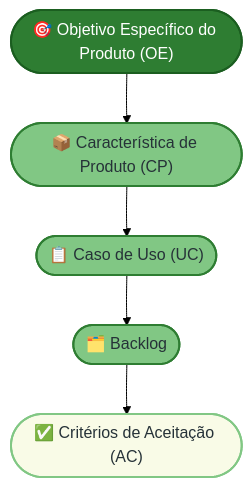
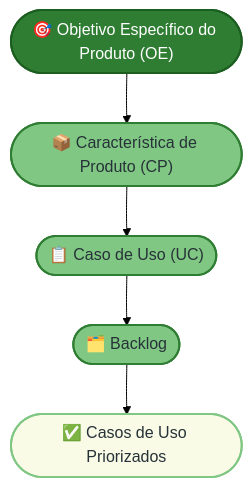
The first of 2 diagrams in docs/criterios/README.md (mdsreq-fga-unb/REQ-2026.1-T01-EcoQuest), drawn with Mermaid (forest theme) before and after one commit. The commit also changed other lines of this file, not shown here.

````diff
--- a/docs/criterios/README.md
+++ b/docs/criterios/README.md
@@ -25,15 +11,15 @@
 ```mermaid
 flowchart TD
     A(["🎯 Objetivo Específico do Produto (OE)"]) --> B(["📦 Característica de Produto (CP)"])
     B --> C(["📋 Caso de Uso (UC)"])
     C --> D(["🗂️ Backlog"])
-    D --> E(["✅ Critérios de Aceitação (AC)"])
+    D --> E(["✅ Casos de Uso Priorizados"])
 
     classDef objetivo fill:#2E7D32,stroke:#1b5e20,stroke-width:2px,color:#fff
     classDef execucao fill:#81C784,stroke:#2E7D32,stroke-width:2px,color:#263238
     classDef gate fill:#F9FBE7,stroke:#81C784,stroke-width:2px,color:#263238
 
     class A objetivo
     class B,C,D execucao
     class E gate
 ```
````
